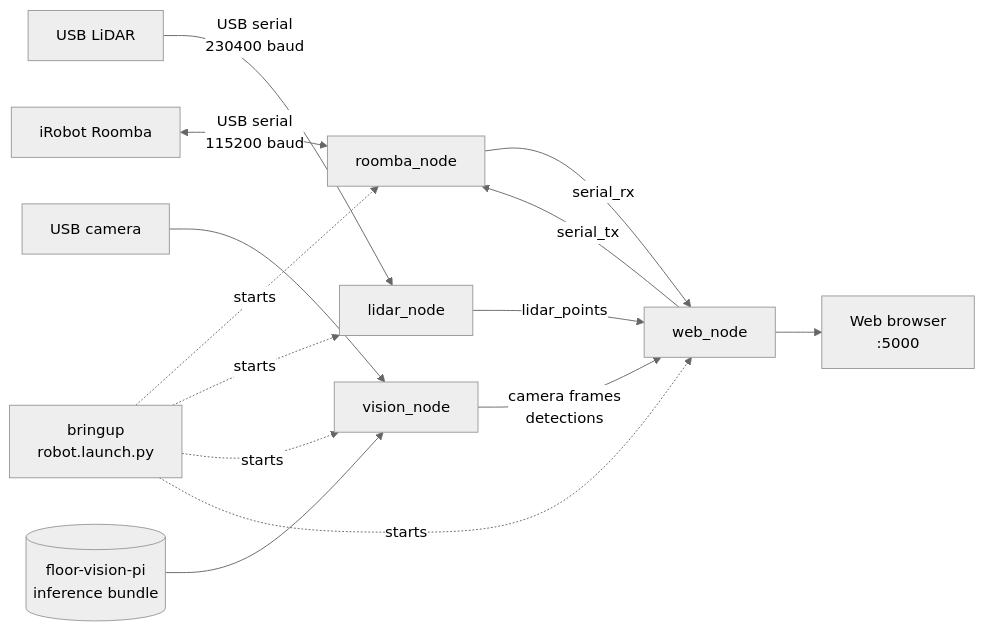
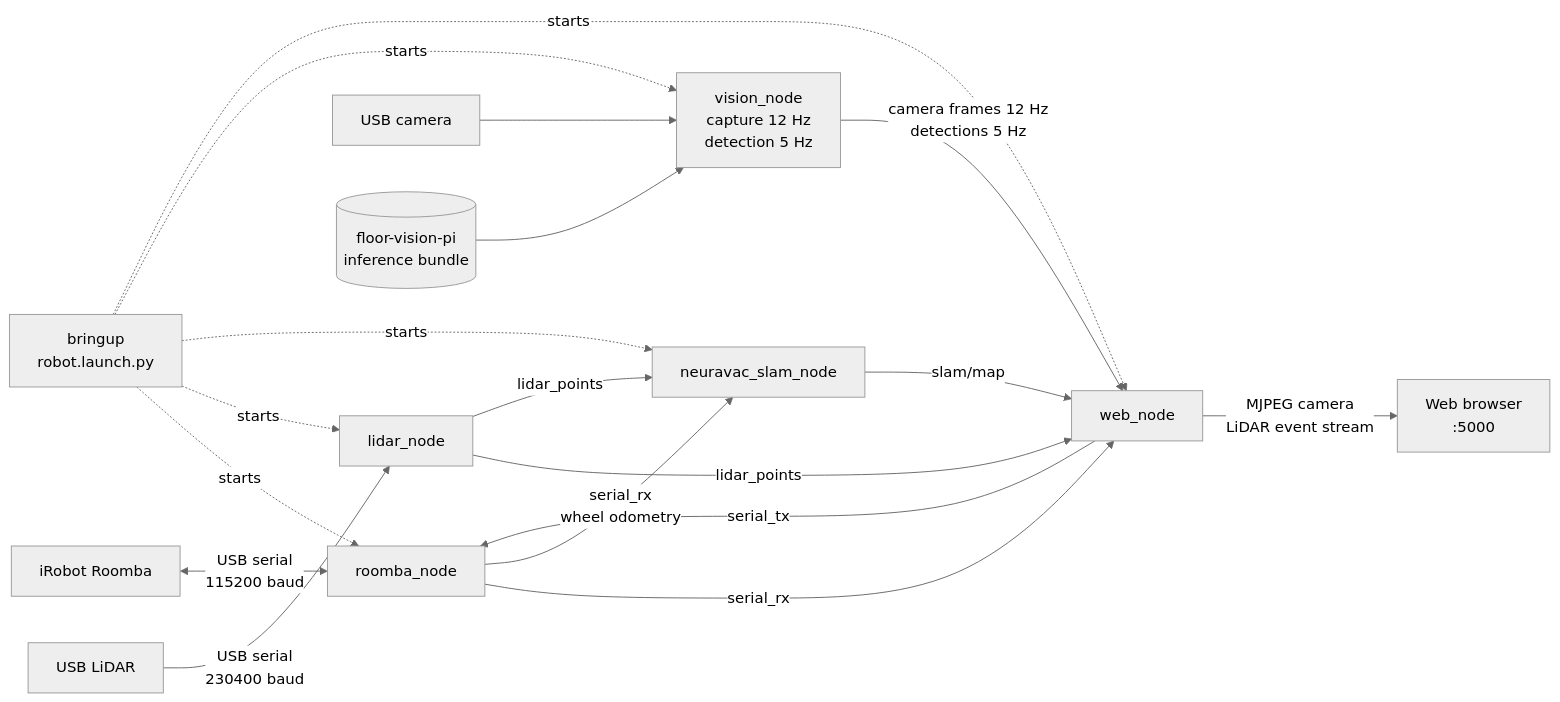
Before and after one commit to Ericdmch/NeuraVac: the diagram in README.md, drawn with Mermaid (neutral theme). The commit also changed other lines of this file and 9 other files, not shown here.

Commit message:
Improve camera streaming and SLAM map display

````diff
--- a/README.md
+++ b/README.md
@@ -23,17 +23,21 @@
 ```mermaid
 flowchart LR
     Roomba[ iRobot Roomba ] <-->|USB serial<br/>115200 baud| R[roomba_node]
     Lidar[USB LiDAR] -->|USB serial<br/>230400 baud| L[lidar_node]
-    Camera[USB camera] --> V[vision_node]
+    Camera[USB camera] --> V[vision_node<br/>capture 12 Hz<br/>detection 5 Hz]
     Bundle[(floor-vision-pi<br/>inference bundle)] --> V
 
     R -->|serial_rx| W[web_node]
+    R -->|serial_rx<br/>wheel odometry| S[neuravac_slam_node]
     W -->|serial_tx| R
     L -->|lidar_points| W
-    V -->|camera frames<br/>detections| W
-    W --> Browser[Web browser<br/>:5000]
+    L -->|lidar_points| S
+    S -->|slam/map| W
+    V -->|camera frames 12 Hz<br/>detections 5 Hz| W
+    W -->|MJPEG camera<br/>LiDAR event stream| Browser[Web browser<br/>:5000]
     B[bringup<br/>robot.launch.py] -. starts .-> R
     B -. starts .-> L
+    B -. starts .-> S
     B -. starts .-> V
     B -. starts .-> W
 ```
````
